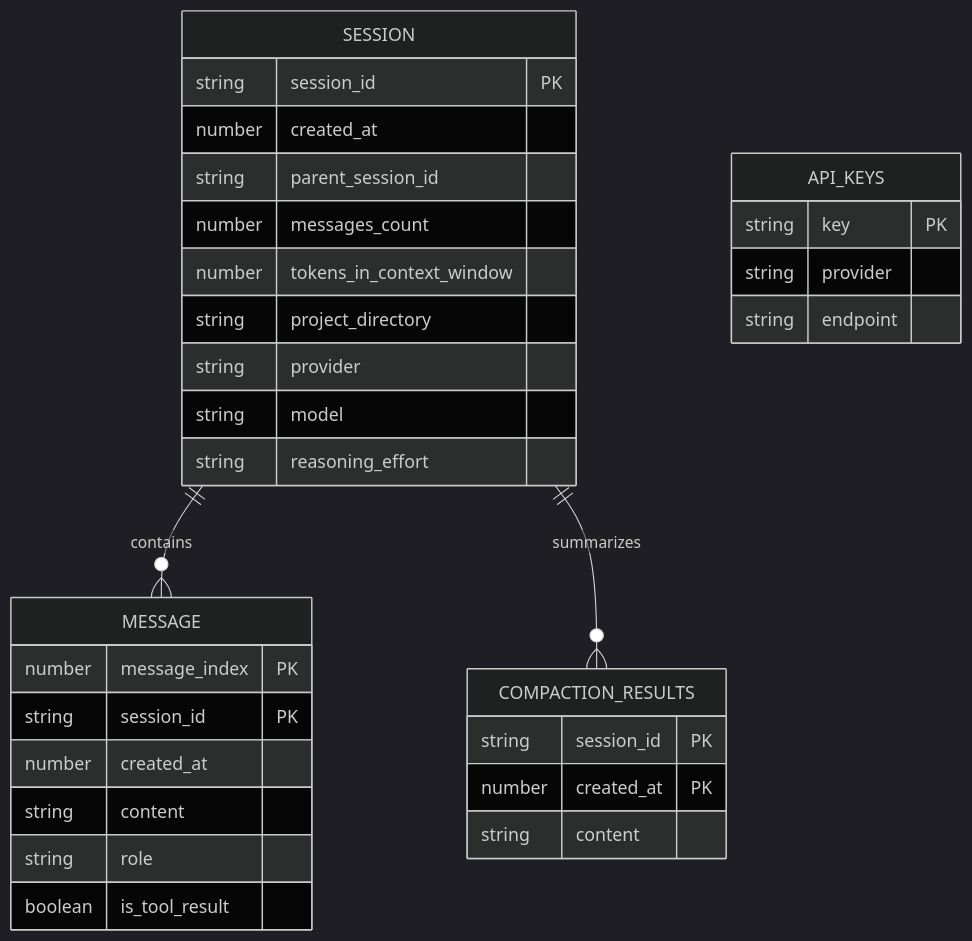
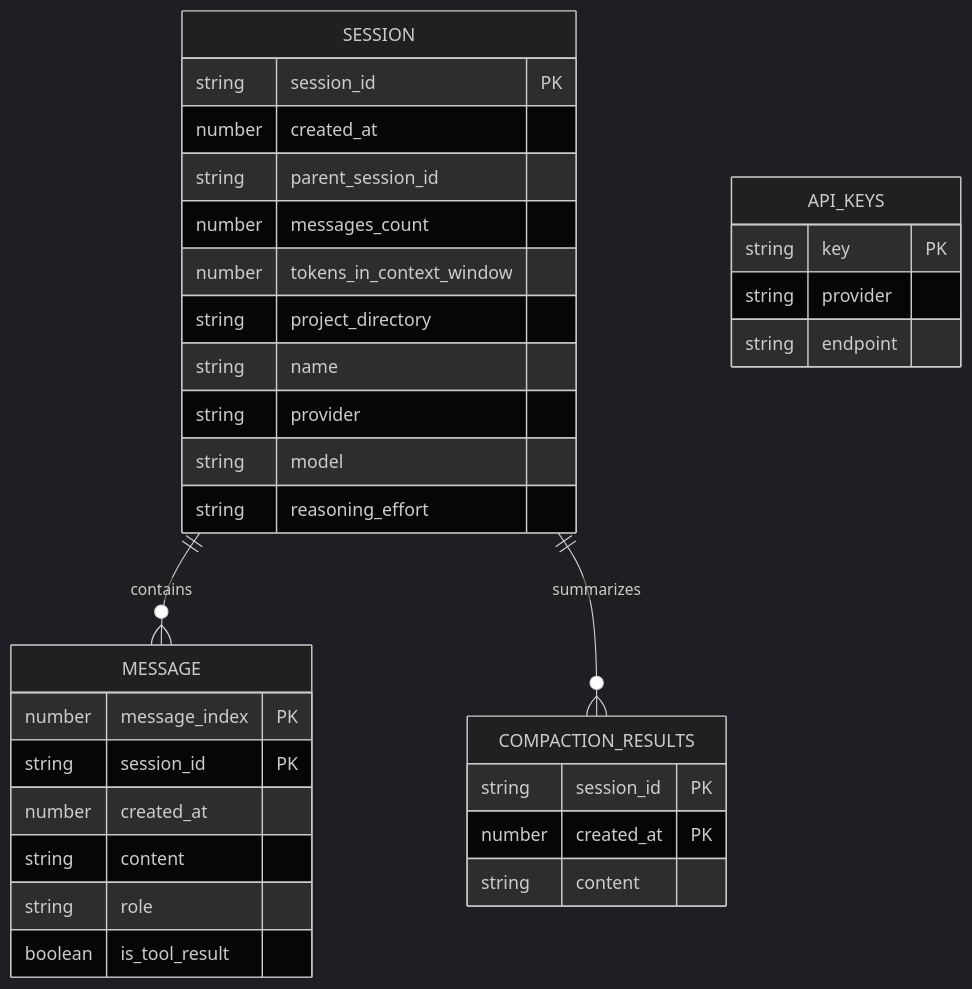
One commit to ArmaanAmoli/BabyPanda changed the fourth of 4 diagrams in README.md. Above: the diagram before and after it, drawn with Mermaid (dark theme). The commit also changed other lines of this file and 2 other files, not shown here.

````diff
--- a/README.md
+++ b/README.md
@@ -307,34 +312,35 @@
 ```mermaid
 erDiagram
     SESSION ||--o{ MESSAGE : contains
     SESSION ||--o{ COMPACTION_RESULTS : summarizes
     API_KEYS {
         string key PK
         string provider
         string endpoint
     }
     SESSION {
         string session_id PK
         number created_at
         string parent_session_id
         number messages_count
         number tokens_in_context_window
         string project_directory
+        string name
         string provider
         string model
         string reasoning_effort
     }
     MESSAGE {
         number message_index PK
         string session_id PK
         number created_at
         string content
         string role
         boolean is_tool_result
     }
     COMPACTION_RESULTS {
         string session_id PK
         number created_at PK
         string content
     }
 ```
````
